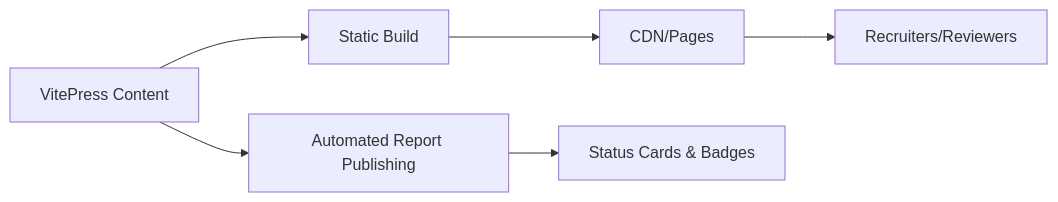
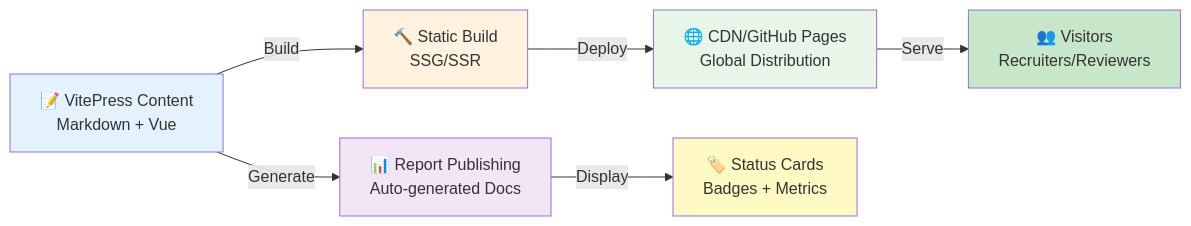
One commit to samueljackson-collab/Samueljackson-collab changed diagram 12 of 28 in README.md. Above: the diagram before and after it, drawn with Mermaid. The commit also changed other lines of this file, not shown here.

Commit message:
Enhanced all diagrams with detailed labels, icons, and styling

````diff
--- a/README.md
+++ b/README.md
@@ -349,8 +423,15 @@
 ```mermaid
 flowchart LR
-  Docs[VitePress Content] --> Build[Static Build]
-  Build --> CDN[CDN/Pages]
-  Docs --> Reports[Automated Report Publishing]
-  Reports --> Badges[Status Cards & Badges]
-  CDN --> Readers[Recruiters/Reviewers]
+  Docs[📝 VitePress Content<br/>Markdown + Vue] -->|Build| Build[🔨 Static Build<br/>SSG/SSR]
+  Build -->|Deploy| CDN[🌐 CDN/GitHub Pages<br/>Global Distribution]
+  Docs -->|Generate| Reports[📊 Report Publishing<br/>Auto-generated Docs]
+  Reports -->|Display| Badges[🏷️ Status Cards<br/>Badges + Metrics]
+  CDN -->|Serve| Readers[👥 Visitors<br/>Recruiters/Reviewers]
+  
+  style Docs fill:#e3f2fd
+  style Build fill:#fff3e0
+  style CDN fill:#e8f5e9
+  style Reports fill:#f3e5f5
+  style Badges fill:#fff9c4
+  style Readers fill:#c8e6c9
 ```
````
